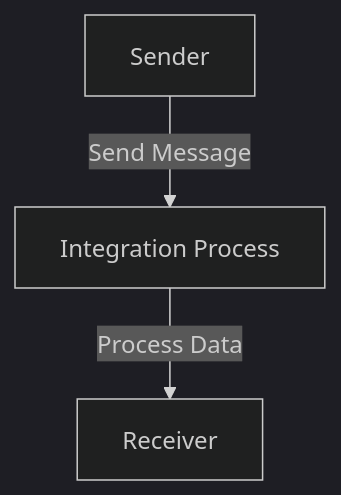
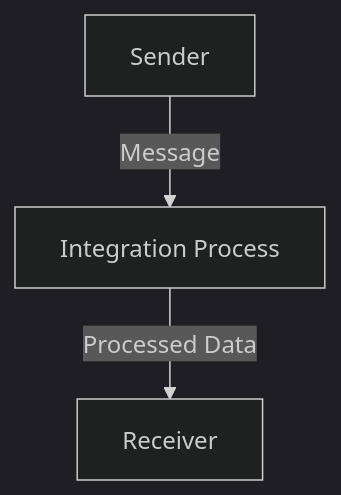
The diagram in cpi-artifacts/Demo/iflow1/iflow1_Summary.md (Akila710/CPI_Demo1), drawn with Mermaid (dark theme) before and after one commit. The commit also changed other lines of this file, not shown here.

````diff
--- a/cpi-artifacts/Demo/iflow1/iflow1_Summary.md
+++ b/cpi-artifacts/Demo/iflow1/iflow1_Summary.md
@@ -36,5 +36,5 @@
 ```mermaid
 graph TD;
-    A[Sender] -->|Send Message| B[Integration Process]
-    B -->|Process Data| C[Receiver]
+    A[Sender] -->|Message| B[Integration Process]
+    B -->|Processed Data| C[Receiver]
 ```
````
